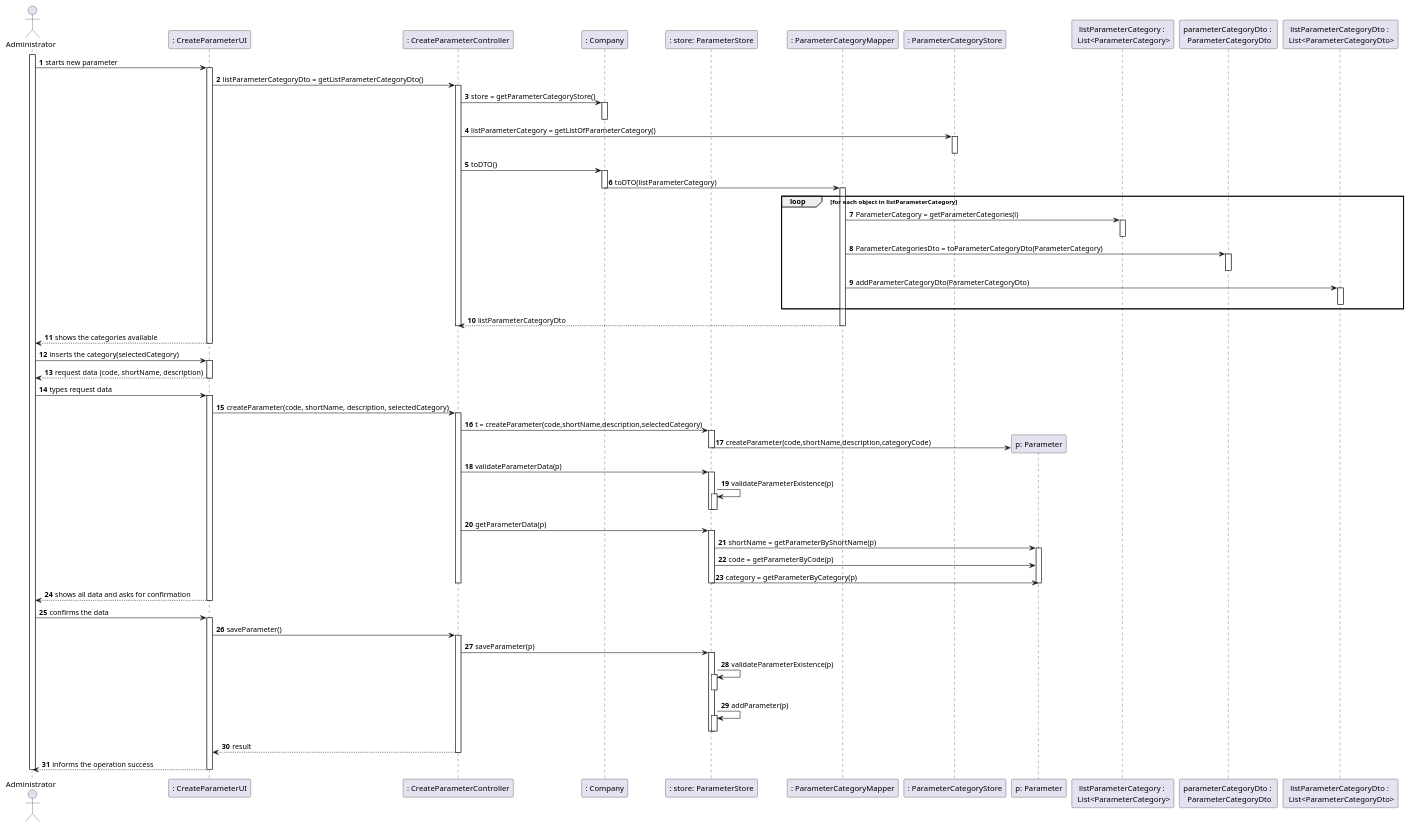
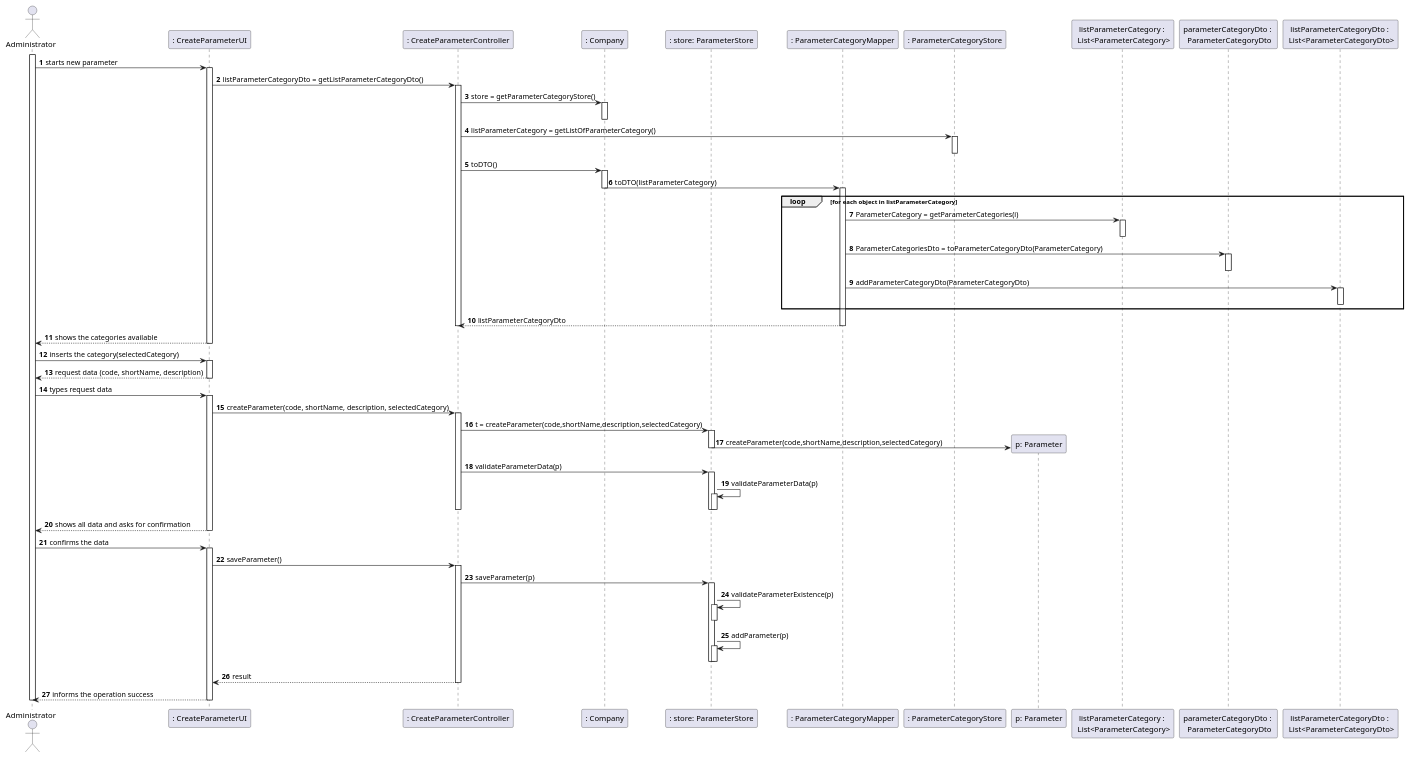
One commit to manu-07-ela/LAPR2_ISEP changed the diagram in docs/SprintB/US10/US10_SD.puml. Above: the diagram before and after it, drawn with PlantUML. The commit also changed 1 other file, not shown here.

```diff
--- a/docs/SprintB/US10/US10_SD.puml
+++ b/docs/SprintB/US10/US10_SD.puml
@@ -1,111 +1,105 @@
 @startuml
 'https://plantuml.com/sequence-diagram
 
 autonumber
 
 actor "Administrator" as ADM
 
 participant ": CreateParameterUI" as UI
 participant ": CreateParameterController" as CTRL
 participant ": Company" as COMP
 participant ": store: ParameterStore" as STORE
 participant ": ParameterCategoryMapper" as MAPPER
 participant ": ParameterCategoryStore" as PCSTORE
 participant "p: Parameter" as PRMT
 participant "listParameterCategory : \n List<ParameterCategory>" as LISTPC
 participant "parameterCategoryDto : \n ParameterCategoryDto" as PCDTO
 participant "listParameterCategoryDto : \n List<ParameterCategoryDto>" as LISTPCDTO
 
 
 
 activate ADM
 ADM -> UI: starts new parameter
 activate UI
 UI -> CTRL : listParameterCategoryDto = getListParameterCategoryDto()
 activate CTRL
 CTRL -> COMP : store = getParameterCategoryStore()
 activate COMP
 deactivate COMP
 CTRL -> PCSTORE : listParameterCategory = getListOfParameterCategory()
 activate PCSTORE
 deactivate PCSTORE
 CTRL -> COMP : toDTO()
 activate COMP
 COMP -> MAPPER : toDTO(listParameterCategory)
 deactivate COMP
 activate MAPPER
 loop for each object in listParameterCategory
 MAPPER -> LISTPC : ParameterCategory = getParameterCategories(i)
 activate LISTPC
 deactivate LISTPC
 MAPPER-> PCDTO : ParameterCategoriesDto = toParameterCategoryDto(ParameterCategory)
 activate PCDTO
 deactivate PCDTO
 MAPPER-> LISTPCDTO : addParameterCategoryDto(ParameterCategoryDto)
 activate LISTPCDTO
 deactivate LISTPCDTO
 end
 MAPPER --> CTRL : listParameterCategoryDto
 deactivate MAPPER
 deactivate CTRL
 UI --> ADM : shows the categories available
 deactivate UI
 
 
 
 ADM -> UI: inserts the category(selectedCategory)
 activate UI
 UI--> ADM : request data (code, shortName, description)
 deactivate UI
 
 
 ADM -> UI : types request data
 activate UI
 UI -> CTRL : createParameter(code, shortName, description, selectedCategory)
 activate CTRL
 CTRL -> STORE : t = createParameter(code,shortName,description,selectedCategory)
 activate STORE
-STORE -> PRMT** : createParameter(code,shortName,description,categoryCode)
+STORE -> PRMT** : createParameter(code,shortName,description,selectedCategory)
 deactivate STORE
 CTRL -> STORE : validateParameterData(p)
 activate STORE
-STORE -> STORE : validateParameterExistence(p)
+STORE -> STORE : validateParameterData(p)
 activate STORE
 deactivate STORE
 deactivate STORE
 
-CTRL -> STORE : getParameterData(p)
-activate STORE
-STORE -> PRMT : shortName = getParameterByShortName(p)
-activate PRMT
-STORE -> PRMT : code = getParameterByCode(p)
-STORE -> PRMT : category = getParameterByCategory(p)
-deactivate PRMT
+
 deactivate CTRL
 deactivate STORE
 UI --> ADM : shows all data and asks for confirmation
 deactivate UI
 
 
 
 ADM -> UI: confirms the data
 activate UI
 UI -> CTRL : saveParameter()
 activate CTRL
 CTRL -> STORE : saveParameter(p)
 activate STORE
 STORE -> STORE : validateParameterExistence(p)
 activate STORE
 deactivate STORE
 STORE ->STORE : addParameter(p)
 activate STORE
 deactivate STORE
 deactivate STORE
 deactivate STORE
 CTRL --> UI : result
 deactivate CTRL
 UI --> ADM : informs the operation success
 deactivate UI
 deactivate ADM
 
 @enduml
```
